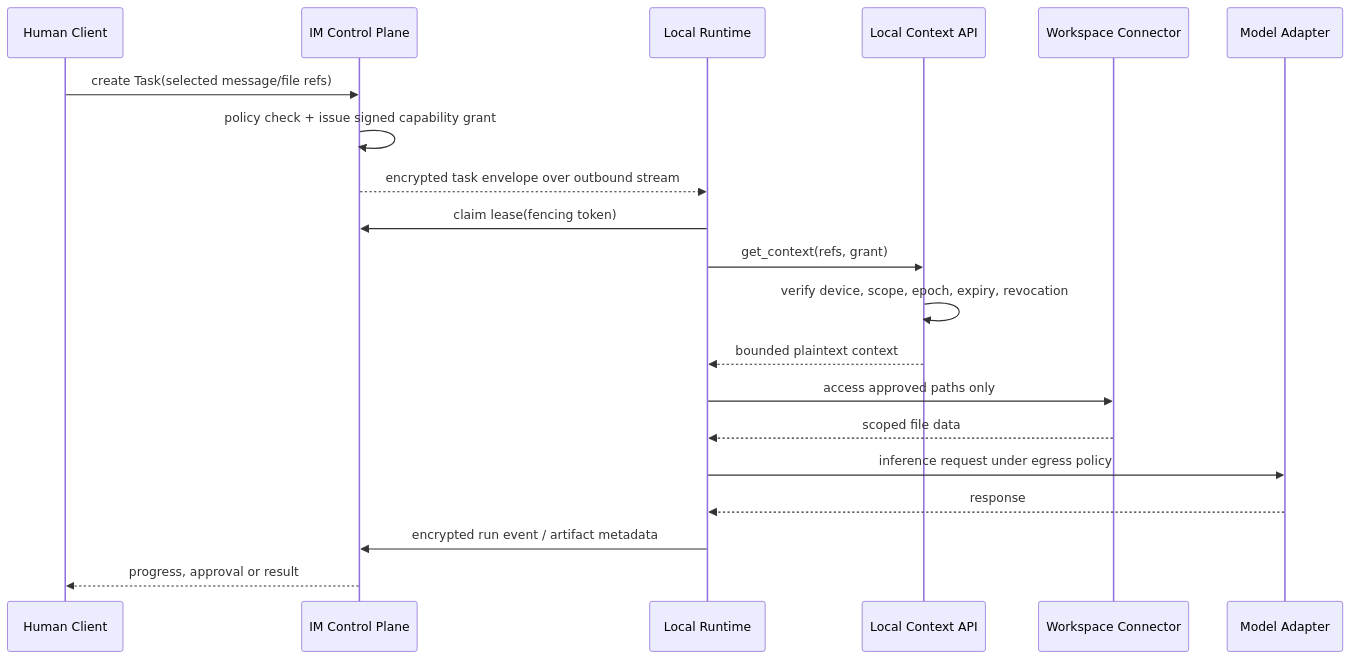
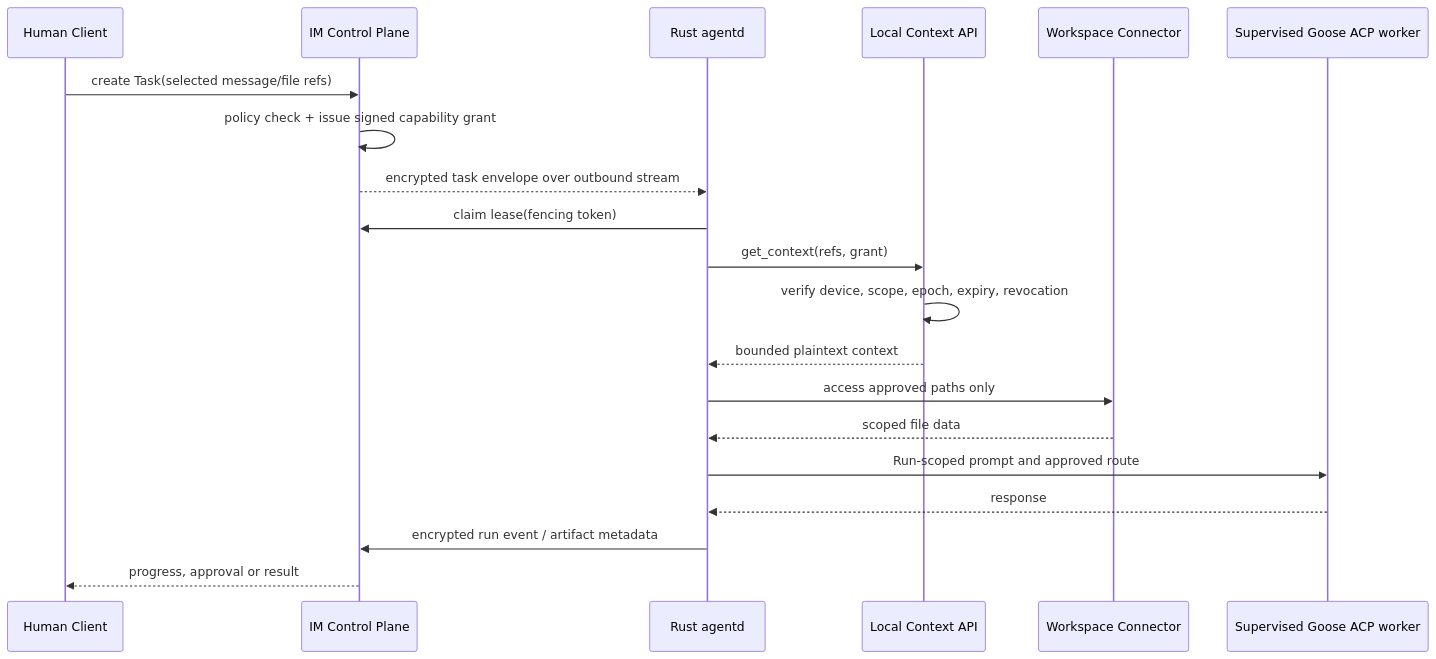
Before and after one commit to monkeylabx/threadline: the third of 3 diagrams in docs/architecture/system-architecture.md, drawn with Mermaid. The commit also changed other lines of this file and 6 other files, not shown here.

Commit message:
docs: select Rust agentd and Goose runtime (#212)

````diff
--- a/docs/architecture/system-architecture.md
+++ b/docs/architecture/system-architecture.md
@@ -265,23 +265,23 @@
 ```mermaid
 sequenceDiagram
   participant U as Human Client
   participant CP as IM Control Plane
-  participant LR as Local Runtime
+  participant LR as Rust agentd
   participant CA as Local Context API
   participant FS as Workspace Connector
-  participant M as Model Adapter
+  participant M as Supervised Goose ACP worker
 
   U->>CP: create Task(selected message/file refs)
   CP->>CP: policy check + issue signed capability grant
   CP-->>LR: encrypted task envelope over outbound stream
   LR->>CP: claim lease(fencing token)
   LR->>CA: get_context(refs, grant)
   CA->>CA: verify device, scope, epoch, expiry, revocation
   CA-->>LR: bounded plaintext context
   LR->>FS: access approved paths only
   FS-->>LR: scoped file data
-  LR->>M: inference request under egress policy
+  LR->>M: Run-scoped prompt and approved route
   M-->>LR: response
   LR->>CP: encrypted run event / artifact metadata
   CP-->>U: progress, approval or result
 ```
````
